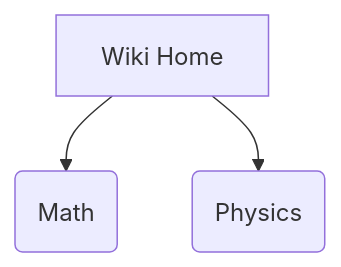
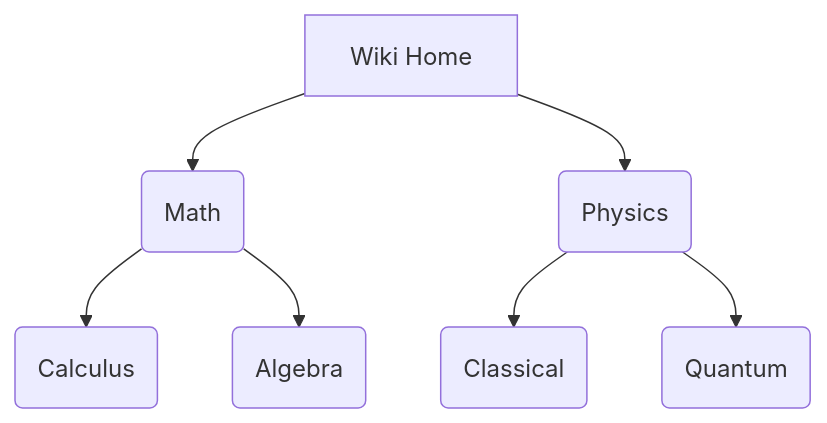
One commit to MKReyesH/ScientificWiki changed the diagram in doc/Physics/example3.qmd. Above: the diagram before and after it, drawn with Mermaid. The commit also changed other lines of this file, not shown here.

Commit message:
Testing mermaid compatibility

````diff
--- a/doc/Physics/example3.qmd
+++ b/doc/Physics/example3.qmd
@@ -36,12 +37,12 @@
 ```{mermaid}
-%%| column: page
-%%| fig-cap: "Interactive Conceptual Map of the Wiki"
-%%| classes: lightbox
-
 graph TD
     A[Wiki Home] --> B(Math)
     A --> C(Physics)
+    B --> D(Calculus)
+    B --> E(Algebra)
+    C --> F(Classical)
+    C --> G(Quantum)
     
     click B "doc/Math/index.html" "Go to Math"
     click C "doc/Physics/index.html" "Go to Physics"
 ```
````
